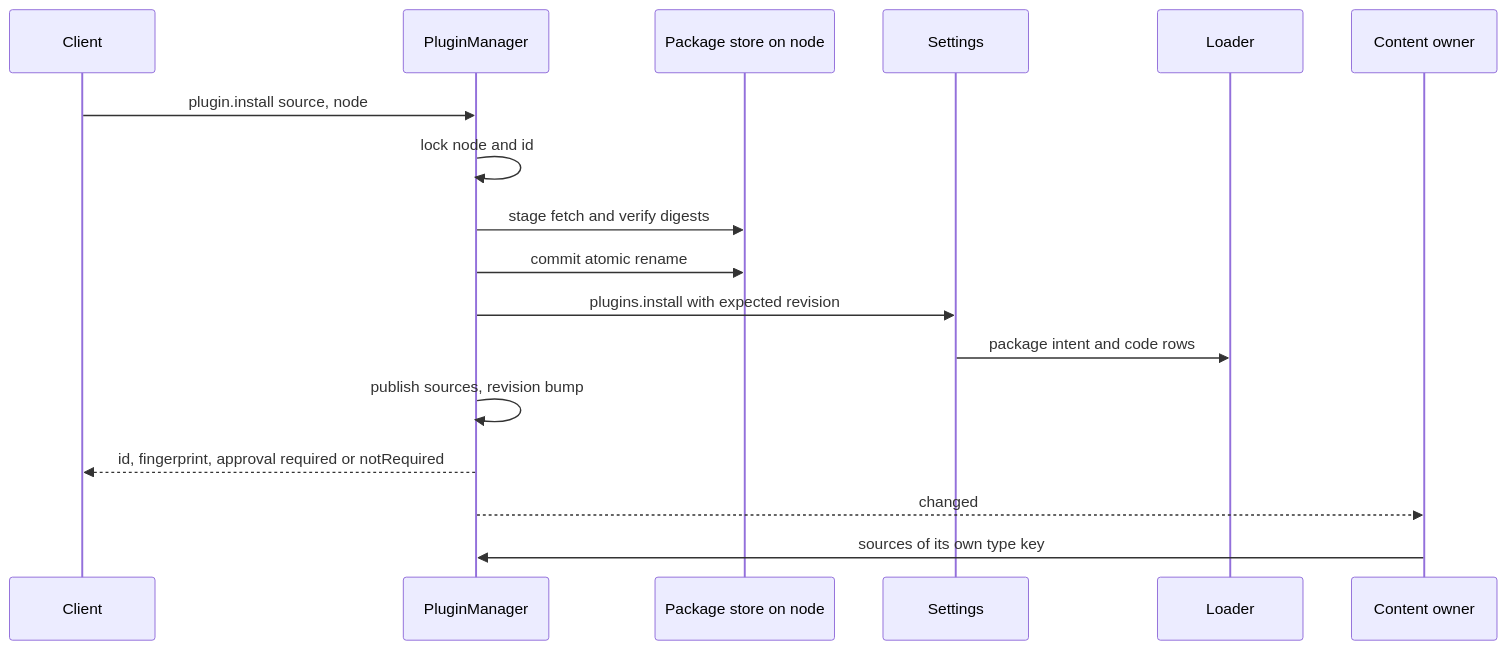
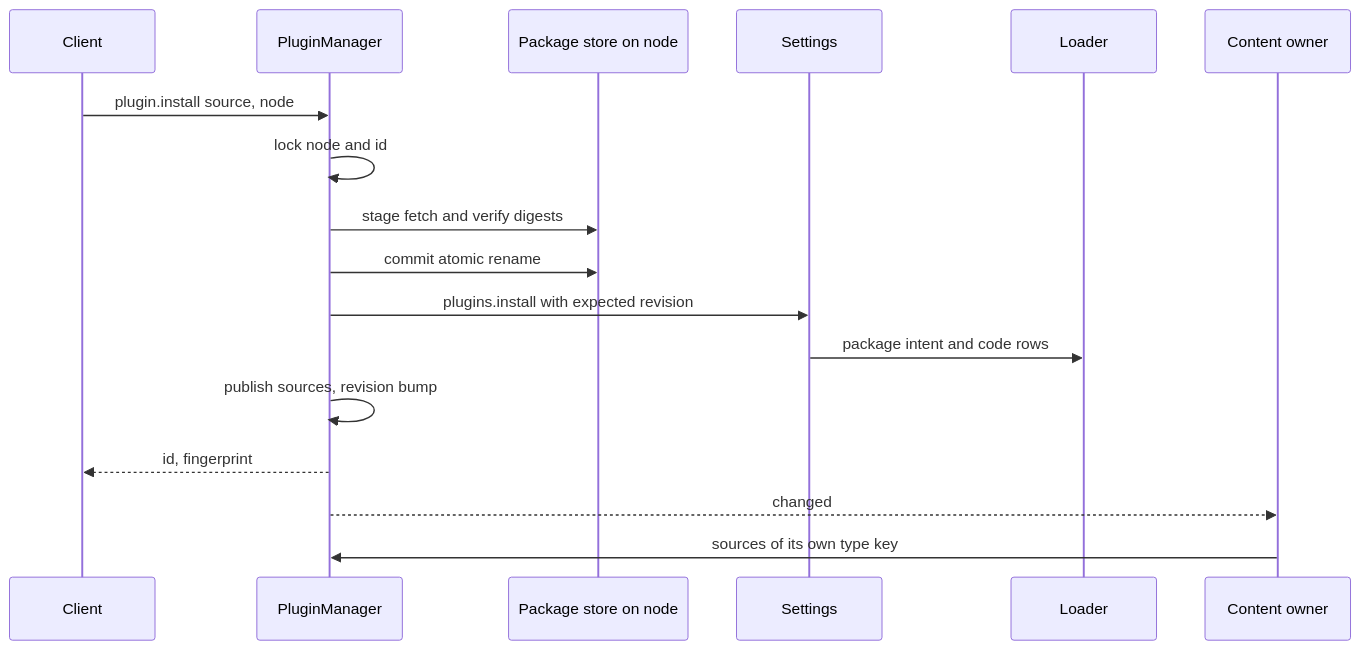
The third of 6 diagrams in docs/design/plugins/PluginManager.md (CoutinhoTTS/dim-agent), drawn with Mermaid before and after one commit. The commit also changed other lines of this file and 40 other files, not shown here.

````diff
--- a/docs/design/plugins/PluginManager.md
+++ b/docs/design/plugins/PluginManager.md
@@ -71,19 +66,19 @@
 ```mermaid
 sequenceDiagram
   participant C as Client
   participant PM as PluginManager
   participant PS as Package store on node
   participant S as Settings
   participant L as Loader
   participant O as Content owner
   C->>PM: plugin.install source, node
   PM->>PM: lock node and id
   PM->>PS: stage fetch and verify digests
   PM->>PS: commit atomic rename
   PM->>S: plugins.install with expected revision
   S->>L: package intent and code rows
   PM->>PM: publish sources, revision bump
-  PM-->>C: id, fingerprint, approval required or notRequired
+  PM-->>C: id, fingerprint
   PM-->>O: changed
   O->>PM: sources of its own type key
 ```
````
